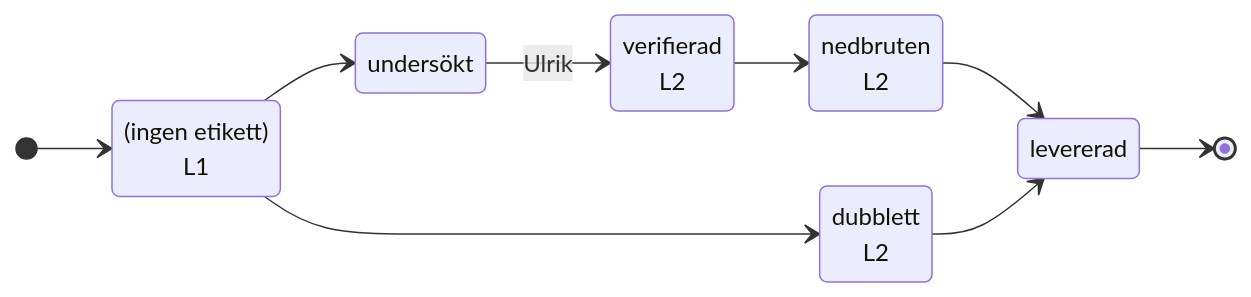
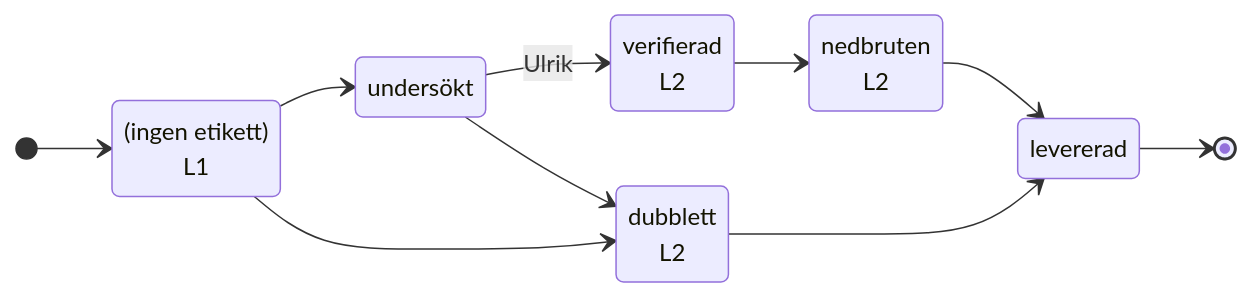
One commit to ulrik-s/ava changed the first of 3 diagrams in docs/agent-flow.md. Above: the diagram before and after it, drawn with Mermaid. The commit also changed other lines of this file and 18 other files, not shown here.

````diff
--- a/docs/agent-flow.md
+++ b/docs/agent-flow.md
@@ -14,18 +14,19 @@
 ```mermaid
 stateDiagram-v2
   direction LR
   state "(ingen etikett)<br/>L1" as mottagen
   state "undersökt" as undersokt
   state "verifierad<br/>L2" as verifierad
   state "nedbruten<br/>L2" as nedbruten
   state "levererad" as levererad
   state "dubblett<br/>L2" as dubblett
   [*] --> mottagen
   mottagen --> undersokt
   mottagen --> dubblett
   undersokt --> verifierad : Ulrik
+  undersokt --> dubblett
   verifierad --> nedbruten
   nedbruten --> levererad
   levererad --> [*]
   dubblett --> levererad
 ```
````
